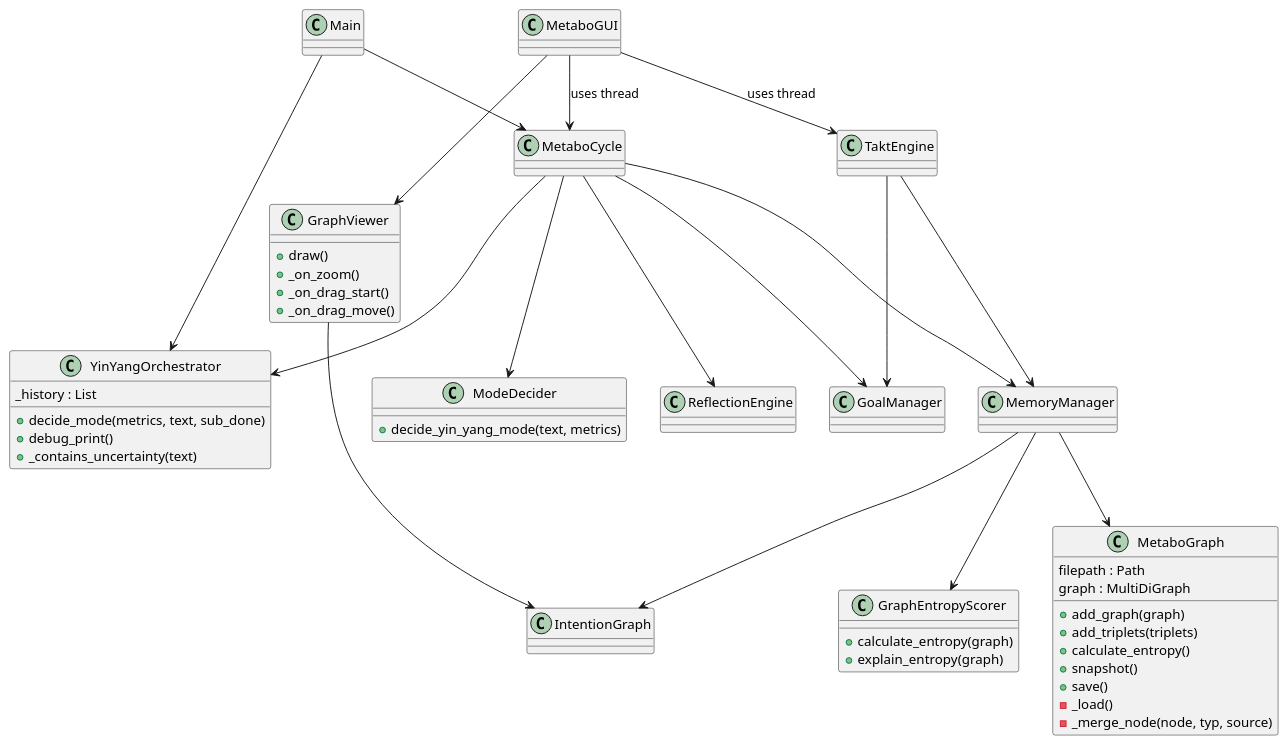
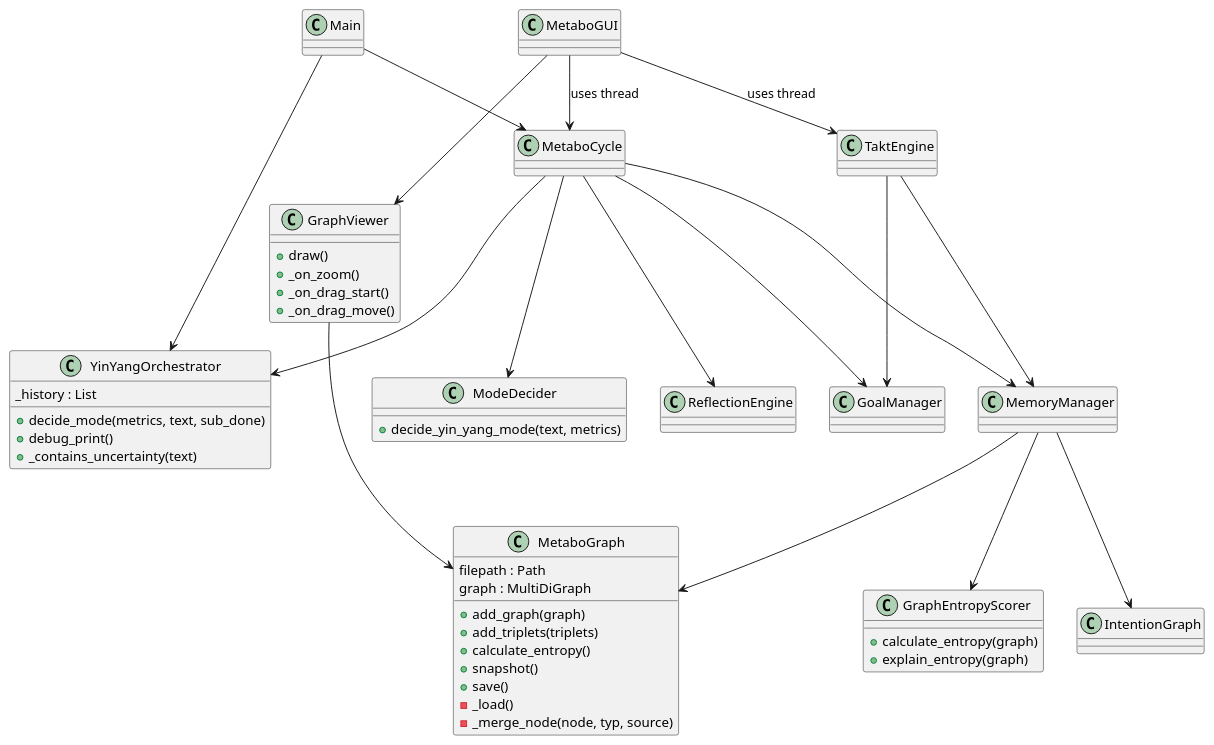
Before and after one commit to marcusreimold/MetaboMind: the diagram in doc/diagrams/class_diagram.puml, drawn with PlantUML. The commit also changed 2 other files, not shown here.

Commit message:
Update GUI to use MetaboGraph

```diff
--- a/doc/diagrams/class_diagram.puml
+++ b/doc/diagrams/class_diagram.puml
@@ -1,52 +1,52 @@
 @startuml
 '/' Updated after adding requirements.txt
 class Main
 class MetaboCycle
 class GoalManager
 class MemoryManager
 class IntentionGraph
 class ReflectionEngine
 class TaktEngine
 class YinYangOrchestrator
 class ModeDecider
 class MetaboGUI
 class GraphViewer
 class GraphEntropyScorer
 class MetaboGraph
 GraphViewer : +draw()
 GraphViewer : +_on_zoom()
 GraphViewer : +_on_drag_start()
 GraphViewer : +_on_drag_move()
 GraphEntropyScorer : +calculate_entropy(graph)
 GraphEntropyScorer : +explain_entropy(graph)
 MetaboGraph : +add_graph(graph)
 MetaboGraph : +add_triplets(triplets)
 MetaboGraph : +calculate_entropy()
 MetaboGraph : +snapshot()
 MetaboGraph : +save()
 MetaboGraph : -_load()
 MetaboGraph : -_merge_node(node, typ, source)
 MetaboGraph : filepath : Path
 MetaboGraph : graph : MultiDiGraph
 YinYangOrchestrator : +decide_mode(metrics, text, sub_done)
 YinYangOrchestrator : +debug_print()
 YinYangOrchestrator : _history : List
 YinYangOrchestrator : +_contains_uncertainty(text)
 ModeDecider : +decide_yin_yang_mode(text, metrics)
 Main --> MetaboCycle
 MetaboCycle --> GoalManager
 MetaboCycle --> MemoryManager
 MetaboCycle --> ReflectionEngine
 MetaboCycle --> YinYangOrchestrator
 MetaboCycle --> ModeDecider
 MemoryManager --> IntentionGraph
 MemoryManager --> MetaboGraph
 TaktEngine --> MemoryManager
 TaktEngine --> GoalManager
 Main --> YinYangOrchestrator
 MetaboGUI --> MetaboCycle : uses thread
 MetaboGUI --> TaktEngine : uses thread
 MetaboGUI --> GraphViewer
 MemoryManager --> GraphEntropyScorer
-GraphViewer --> IntentionGraph
+GraphViewer --> MetaboGraph
 @enduml
```
